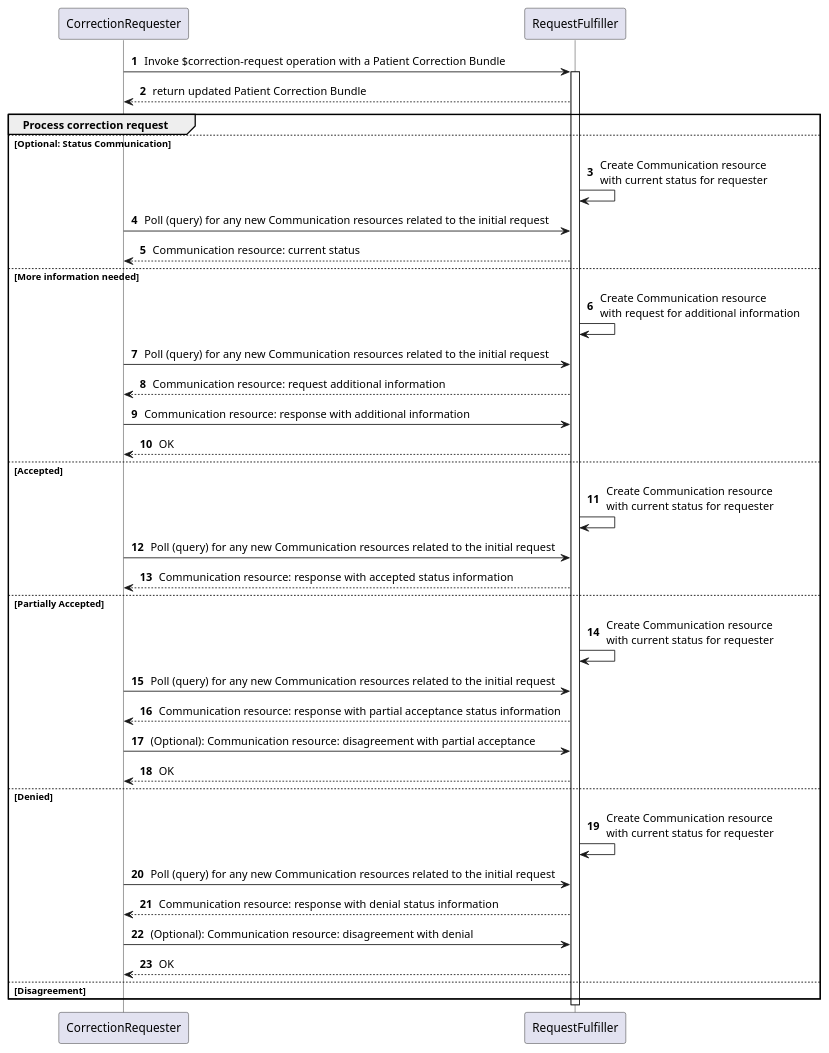
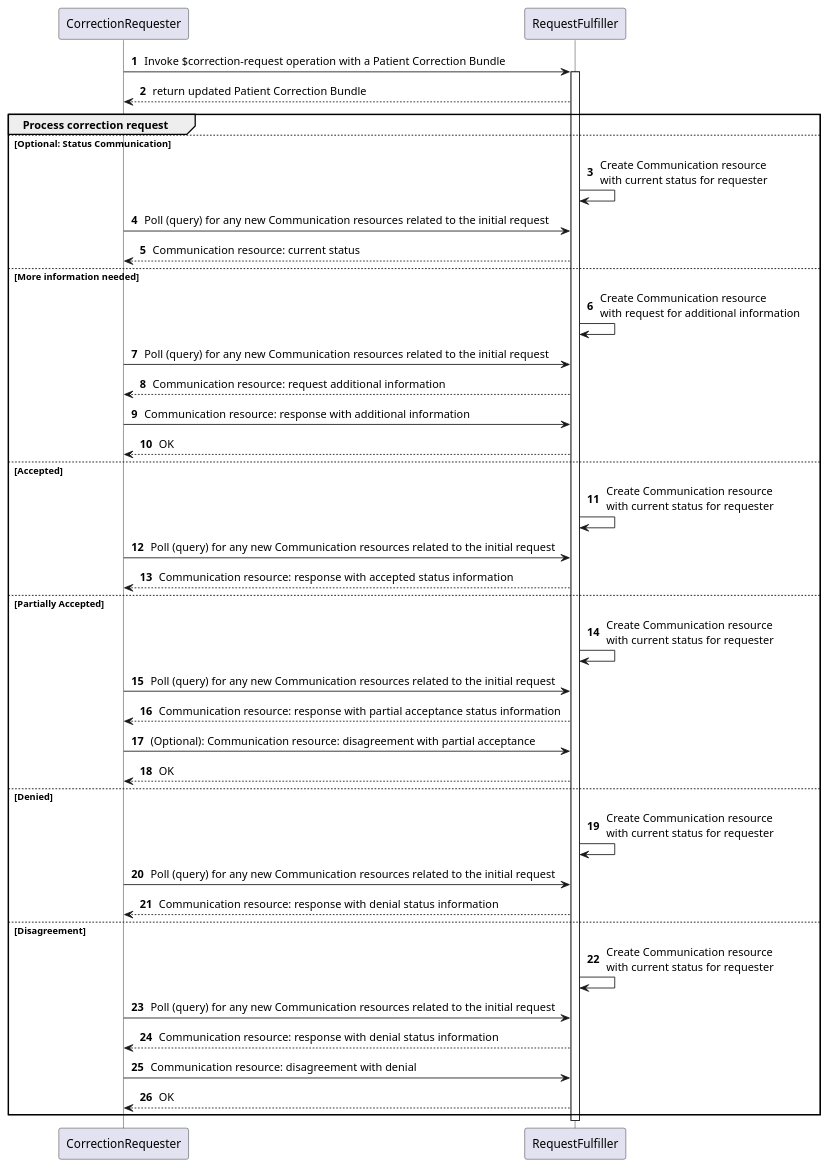
Before and after one commit to HL7/fhir-patient-correction: the diagram in input/images-source/restful-minimal.plantuml, drawn with PlantUML. The commit also changed 1 other file, not shown here.

Commit message:
Diagram work

```diff
--- a/input/images-source/restful-minimal.plantuml
+++ b/input/images-source/restful-minimal.plantuml
@@ -1,52 +1,55 @@
 @startuml
 skinparam NoteTextAlignment left
 skinparam Padding 2
 skinparam ParticipantPadding 50
 skinparam LifelineStrategy solid
 autonumber
 
 participant CorrectionRequester as R
 participant RequestFulfiller as F
 
 ' note over R
 '   Send a new Correction Request
 ' end note
 
 R->F: Invoke $correction-request operation with a Patient Correction Bundle
 activate F
   F-->R: return updated Patient Correction Bundle
 
   group Process correction request
   else Optional: Status Communication
     F->F: Create Communication resource\nwith current status for requester
     R->F: Poll (query) for any new Communication resources related to the initial request
     F-->R: Communication resource: current status
   else More information needed
     F->F: Create Communication resource\nwith request for additional information
     R->F: Poll (query) for any new Communication resources related to the initial request
     F-->R: Communication resource: request additional information
     R->F: Communication resource: response with additional information
     F-->R: OK
   else Accepted
     F->F: Create Communication resource\nwith current status for requester
     R->F: Poll (query) for any new Communication resources related to the initial request
     F-->R: Communication resource: response with accepted status information
   else Partially Accepted
     F->F: Create Communication resource\nwith current status for requester
     R->F: Poll (query) for any new Communication resources related to the initial request
     F-->R: Communication resource: response with partial acceptance status information
     R->F: (Optional): Communication resource: disagreement with partial acceptance
     F-->R: OK
   else Denied
     F->F: Create Communication resource\nwith current status for requester
     R->F: Poll (query) for any new Communication resources related to the initial request
     F-->R: Communication resource: response with denial status information
-    R->F: (Optional): Communication resource: disagreement with denial
+  else Disagreement
+    F->F: Create Communication resource\nwith current status for requester
+    R->F: Poll (query) for any new Communication resources related to the initial request
+    F-->R: Communication resource: response with denial status information
+    R->F: Communication resource: disagreement with denial
     F-->R: OK
-  else Disagreement
     
   end
 
 
 Deactivate F
 @enduml
```
